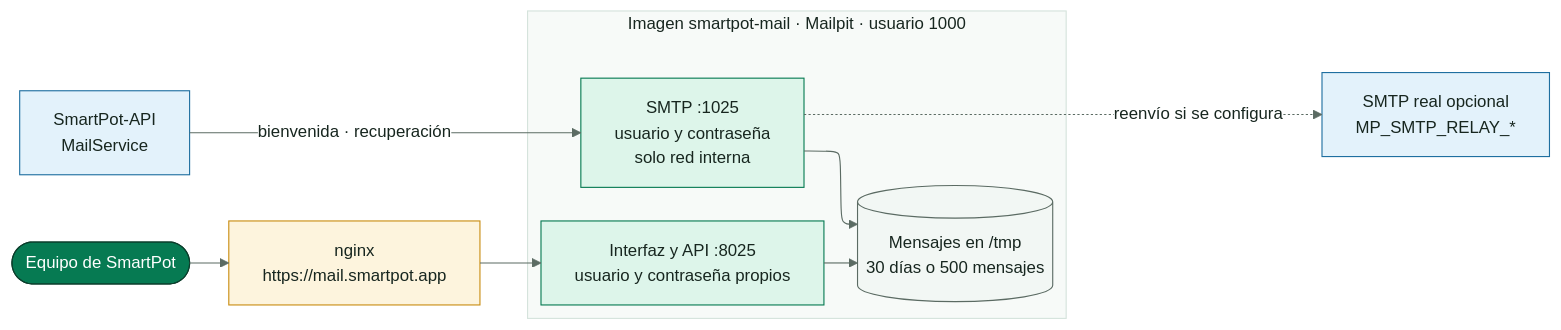
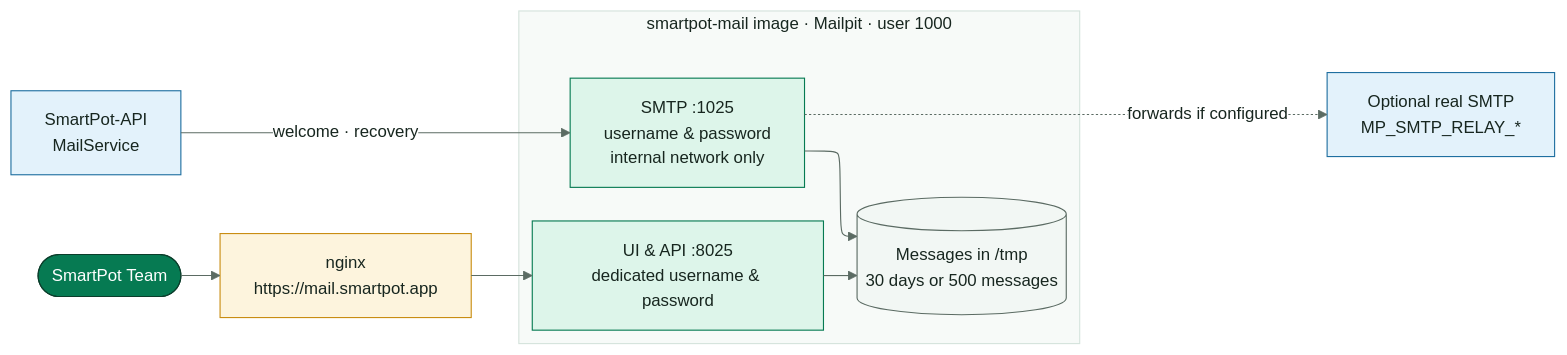
One commit to SmartPotTech/SmartPot-Mail changed the first of 2 diagrams in docs/SmartPot_Mail_Documentation.md. Above: the diagram before and after it, drawn with Mermaid. The commit also changed other lines of this file and 3 other files, not shown here.

````diff
--- a/docs/SmartPot_Mail_Documentation.md
+++ b/docs/SmartPot_Mail_Documentation.md
@@ -38,29 +42,29 @@
 ```mermaid
 %%{init: {"theme": "base", "fontFamily": "Segoe UI, Arial, sans-serif", "themeVariables": {"fontFamily": "Segoe UI, Arial, sans-serif", "fontSize": "15px", "primaryColor": "#DDF5EA", "primaryTextColor": "#17261F", "primaryBorderColor": "#067A52", "secondaryColor": "#E3F2FB", "secondaryTextColor": "#17261F", "secondaryBorderColor": "#1F6FA0", "tertiaryColor": "#F2F7F4", "tertiaryTextColor": "#17261F", "tertiaryBorderColor": "#D5E3DC", "lineColor": "#5B6B63", "textColor": "#17261F", "mainBkg": "#DDF5EA", "nodeBorder": "#067A52", "clusterBkg": "#F7FAF8", "clusterBorder": "#D5E3DC", "edgeLabelBackground": "#FFFFFF", "actorBkg": "#067A52", "actorBorder": "#0B3D2B", "actorTextColor": "#FFFFFF", "actorLineColor": "#5B6B63", "signalColor": "#17261F", "signalTextColor": "#17261F", "labelBoxBkgColor": "#0B3D2B", "labelBoxBorderColor": "#0B3D2B", "labelTextColor": "#FFFFFF", "loopTextColor": "#0B3D2B", "noteBkgColor": "#FDF4DD", "noteBorderColor": "#C98D12", "noteTextColor": "#17261F", "activationBkgColor": "#DDF5EA", "activationBorderColor": "#067A52", "attributeBackgroundColorOdd": "#FFFFFF", "attributeBackgroundColorEven": "#F2F7F4"}, "layout": "elk", "elk": {"nodePlacementStrategy": "BRANDES_KOEPF", "mergeEdges": false, "cycleBreakingStrategy": "GREEDY"}}}%%
 flowchart LR
   api["SmartPot-API<br/>MailService"]
-  admin(["Equipo de SmartPot"])
-  subgraph imagen["Imagen smartpot-mail · Mailpit · usuario 1000"]
+  admin(["SmartPot Team"])
+  subgraph imagen["smartpot-mail image · Mailpit · user 1000"]
     direction TB
-    smtp["SMTP :1025<br/>usuario y contraseña<br/>solo red interna"]
-    ui["Interfaz y API :8025<br/>usuario y contraseña propios"]
-    store[("Mensajes en /tmp<br/>30 días o 500 mensajes")]
+    smtp["SMTP :1025<br/>username & password<br/>internal network only"]
+    ui["UI & API :8025<br/>dedicated username & password"]
+    store[("Messages in /tmp<br/>30 days or 500 messages")]
   end
   nginx["nginx<br/>https://mail.smartpot.app"]
-  relay["SMTP real opcional<br/>MP_SMTP_RELAY_*"]
-  api -->|"bienvenida · recuperación"| smtp --> store
+  relay["Optional real SMTP<br/>MP_SMTP_RELAY_*"]
+  api -->|"welcome · recovery"| smtp --> store
   admin --> nginx --> ui --> store
-  smtp -.->|"reenvío si se configura"| relay
+  smtp -.->|"forwards if configured"| relay
   classDef leaf fill:#DDF5EA,stroke:#067A52,color:#17261F
   classDef water fill:#E3F2FB,stroke:#1F6FA0,color:#17261F
   classDef sun fill:#FDF4DD,stroke:#C98D12,color:#17261F
   classDef clay fill:#FBE9E1,stroke:#B85A38,color:#17261F
   classDef core fill:#067A52,stroke:#0B3D2B,color:#FFFFFF
   classDef deep fill:#0B3D2B,stroke:#06281C,color:#FFFFFF
   classDef muted fill:#F2F7F4,stroke:#5B6B63,color:#17261F
   class api,relay water
   class admin core
   class smtp,ui leaf
   class store muted
   class nginx sun
 ```
````
